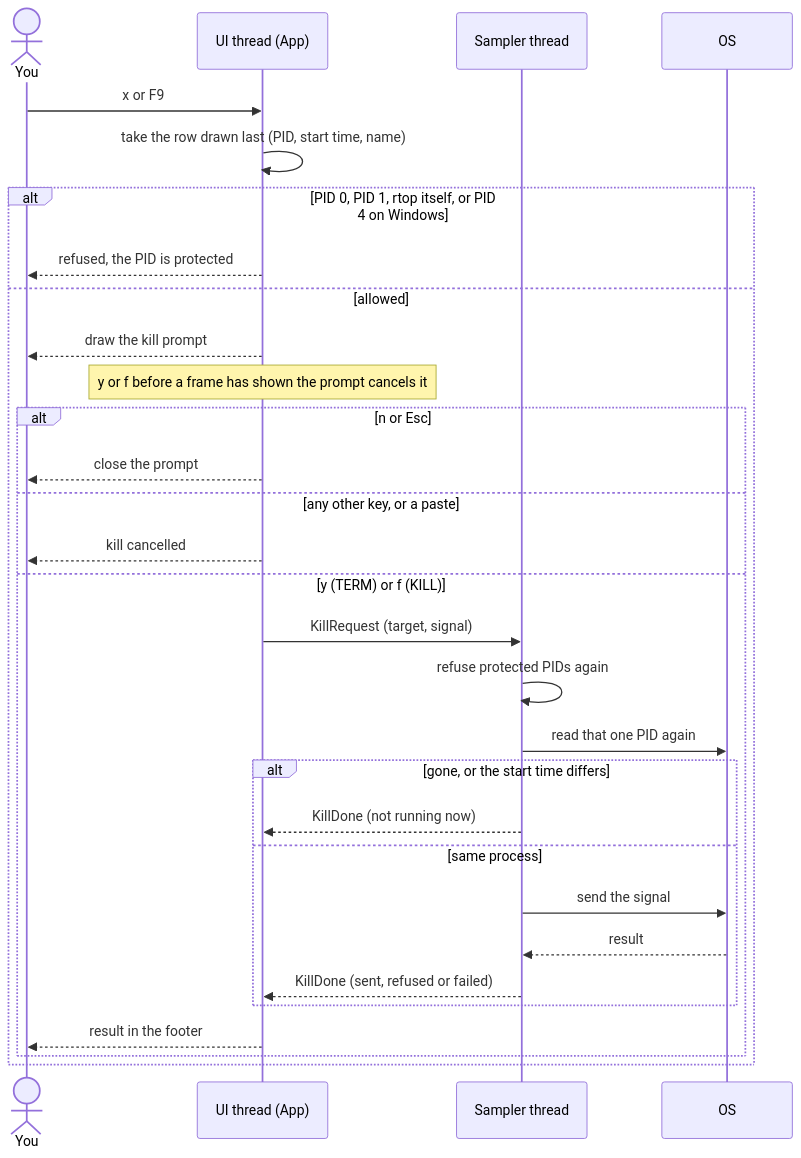
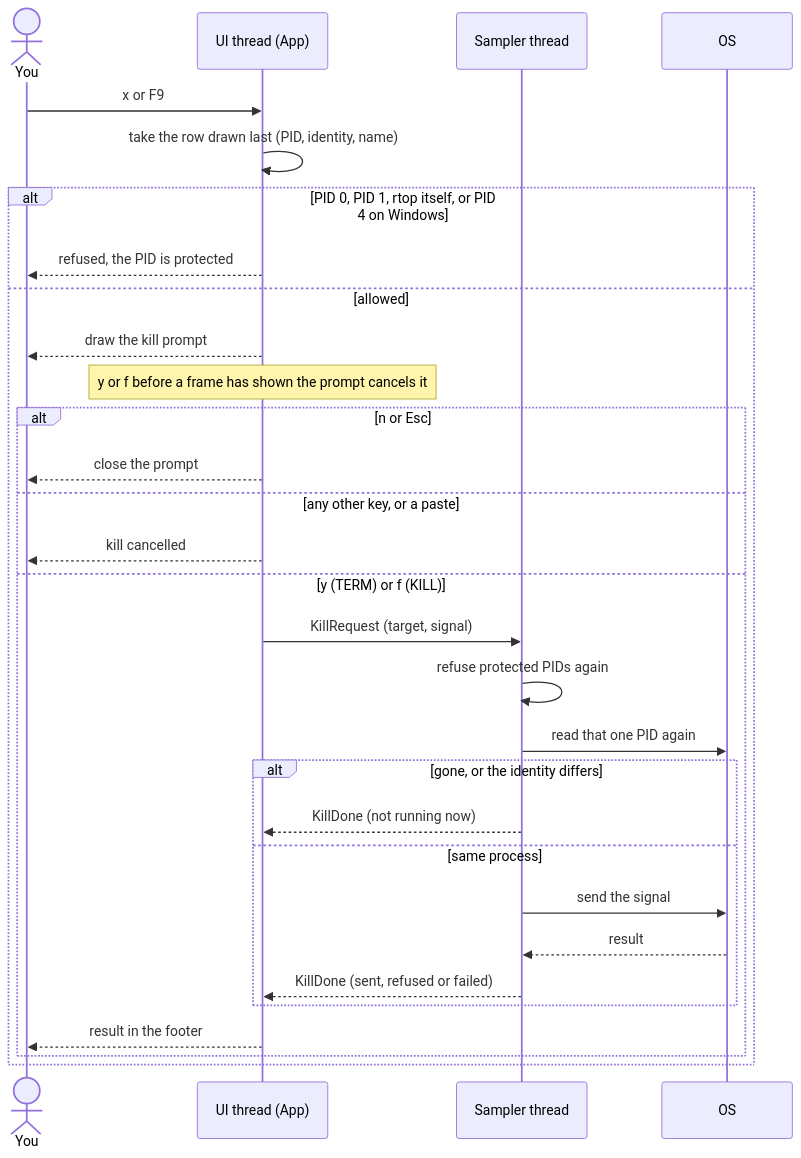
Before and after one commit to DarkWaveLabs/rtop: the second of 4 diagrams in docs/architecture.md, drawn with Mermaid. The commit also changed other lines of this file and 7 other files, not shown here.

````diff
--- a/docs/architecture.md
+++ b/docs/architecture.md
@@ -48,33 +75,33 @@
 ```mermaid
 sequenceDiagram
     actor You
     participant UI as UI thread (App)
     participant S as Sampler thread
     participant OS
 
     You->>UI: x or F9
-    UI->>UI: take the row drawn last (PID, start time, name)
+    UI->>UI: take the row drawn last (PID, identity, name)
     alt PID 0, PID 1, rtop itself, or PID 4 on Windows
         UI-->>You: refused, the PID is protected
     else allowed
         UI-->>You: draw the kill prompt
         Note over UI: y or f before a frame has shown the prompt cancels it
         alt n or Esc
             UI-->>You: close the prompt
         else any other key, or a paste
             UI-->>You: kill cancelled
         else y (TERM) or f (KILL)
             UI->>S: KillRequest (target, signal)
             S->>S: refuse protected PIDs again
             S->>OS: read that one PID again
-            alt gone, or the start time differs
+            alt gone, or the identity differs
                 S-->>UI: KillDone (not running now)
             else same process
                 S->>OS: send the signal
                 OS-->>S: result
                 S-->>UI: KillDone (sent, refused or failed)
             end
             UI-->>You: result in the footer
         end
     end
 ```
````
